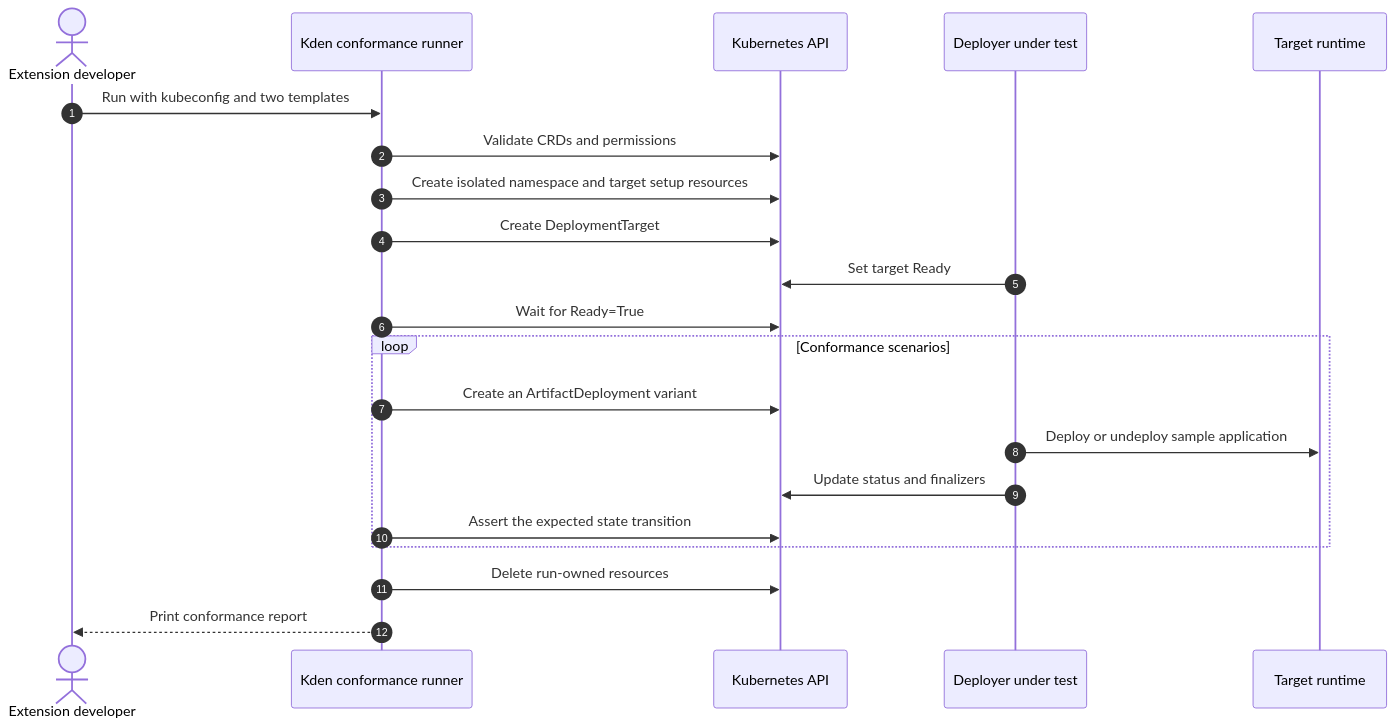
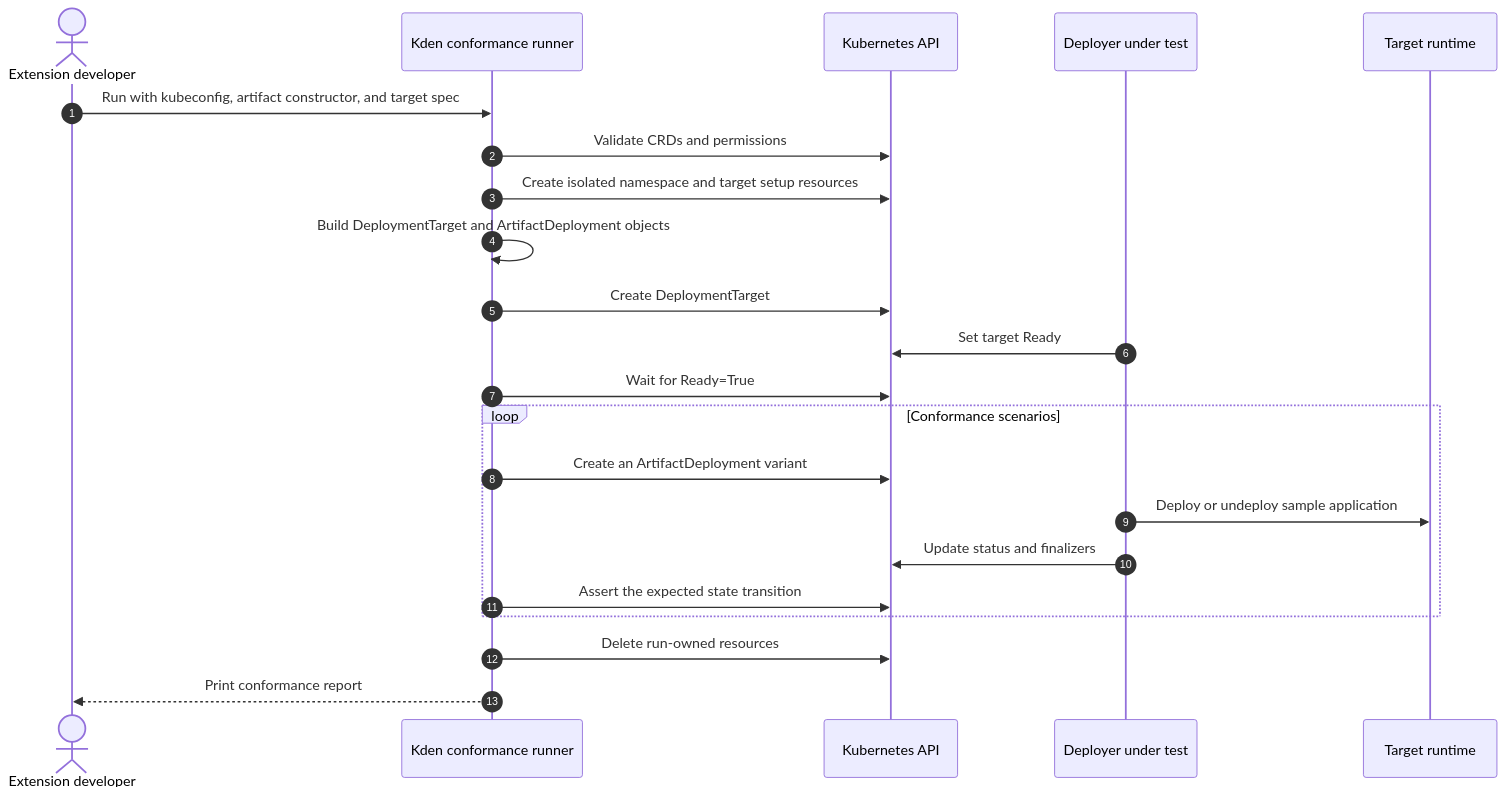
Before and after one commit to konfidence-project/konfidence-docs: the second of 2 diagrams in src/docs/extend-customize/decisions/adr-0040-deployer-conformance-test-setup.md, drawn with Mermaid. The commit also changed other lines of this file, not shown here.

````diff
--- a/src/docs/extend-customize/decisions/adr-0040-deployer-conformance-test-setup.md
+++ b/src/docs/extend-customize/decisions/adr-0040-deployer-conformance-test-setup.md
@@ -199,24 +199,25 @@
 ```mermaid
 sequenceDiagram
   autonumber
   actor Developer as Extension developer
   participant Runner as Kden conformance runner
   participant API as Kubernetes API
   participant Deployer as Deployer under test
   participant Runtime as Target runtime
 
-  Developer->>Runner: Run with kubeconfig and two templates
+  Developer->>Runner: Run with kubeconfig, artifact constructor, and target spec
   Runner->>API: Validate CRDs and permissions
   Runner->>API: Create isolated namespace and target setup resources
+  Runner->>Runner: Build DeploymentTarget and ArtifactDeployment objects
   Runner->>API: Create DeploymentTarget
   Deployer->>API: Set target Ready
   Runner->>API: Wait for Ready=True
   loop Conformance scenarios
     Runner->>API: Create an ArtifactDeployment variant
     Deployer->>Runtime: Deploy or undeploy sample application
     Deployer->>API: Update status and finalizers
     Runner->>API: Assert the expected state transition
   end
   Runner->>API: Delete run-owned resources
   Runner-->>Developer: Print conformance report
 ```
````
